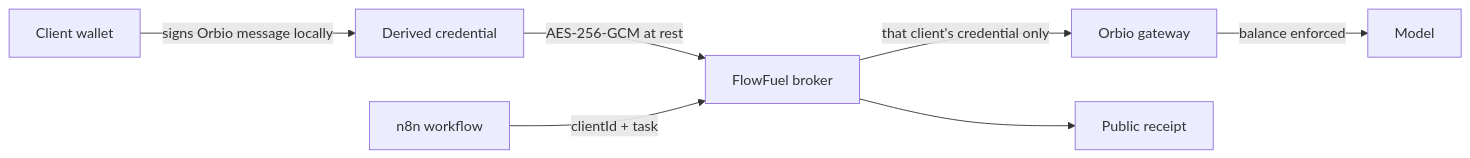
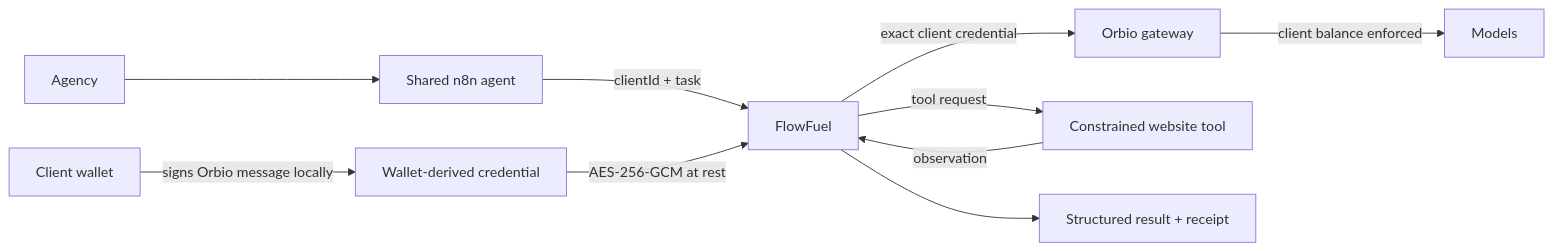
One commit to mystiquemide/flowfuel changed the diagram in README.md. Above: the diagram before and after it, drawn with Mermaid. The commit also changed other lines of this file, not shown here.

Commit message:
docs: reframe FlowFuel for Build Week

````diff
--- a/README.md
+++ b/README.md
@@ -66,9 +233,12 @@
 ```mermaid
 flowchart LR
-  W[Client wallet] -->|signs Orbio message locally| C[Derived credential]
-  C -->|AES-256-GCM at rest| B[FlowFuel broker]
-  N[n8n workflow] -->|clientId + task| B
-  B -->|that client's credential only| O[Orbio gateway]
-  O -->|balance enforced| M[Model]
-  B --> R[Public receipt]
+  A[Agency] --> N[Shared n8n agent]
+  N -->|clientId + task| F[FlowFuel]
+  W[Client wallet] -->|signs Orbio message locally| C[Wallet-derived credential]
+  C -->|AES-256-GCM at rest| F
+  F -->|exact client credential| O[Orbio gateway]
+  O -->|client balance enforced| M[Models]
+  F -->|tool request| T[Constrained website tool]
+  T -->|observation| F
+  F --> R[Structured result + receipt]
 ```
````
